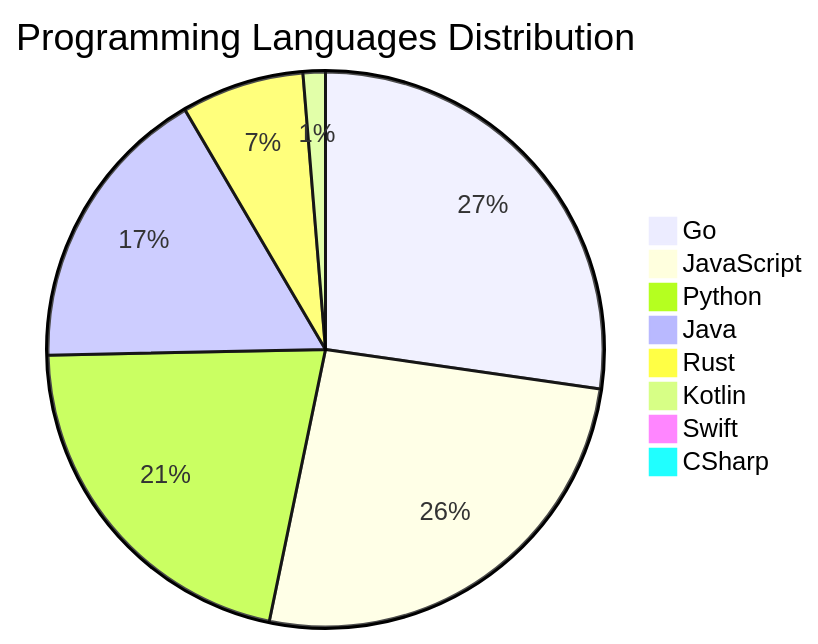
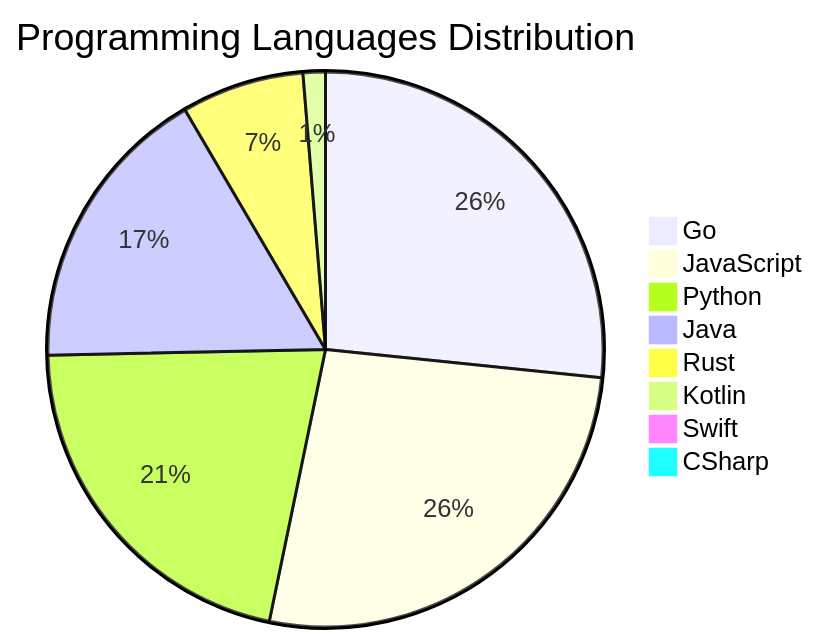
The diagram in README.md (Derrick-MUGISHA/github-activity-bot), drawn with Mermaid before and after one commit. The commit also changed other lines of this file and 4 other files, not shown here.

````diff
--- a/README.md
+++ b/README.md
@@ -218,11 +218,11 @@
 ```mermaid
 pie title Programming Languages Distribution
-    "Go" : 42
-    "JavaScript" : 40
+    "Go" : 41
+    "JavaScript" : 41
     "Python" : 33
     "Java" : 26
     "Rust" : 11
     "Kotlin" : 2
     "Swift" : 1
     "CSharp" : 1
 ```
````
